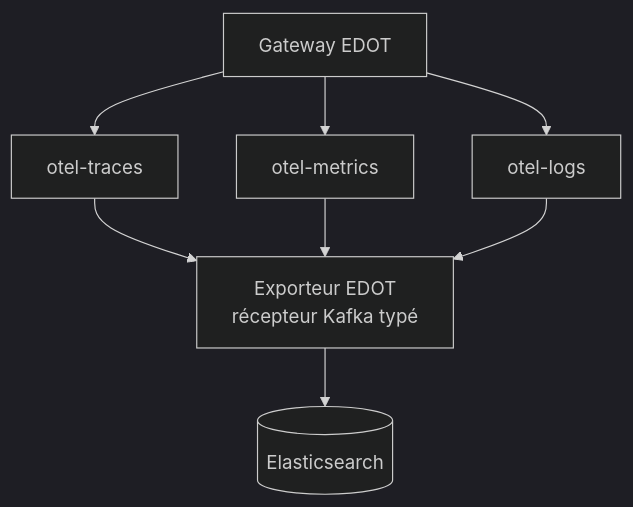
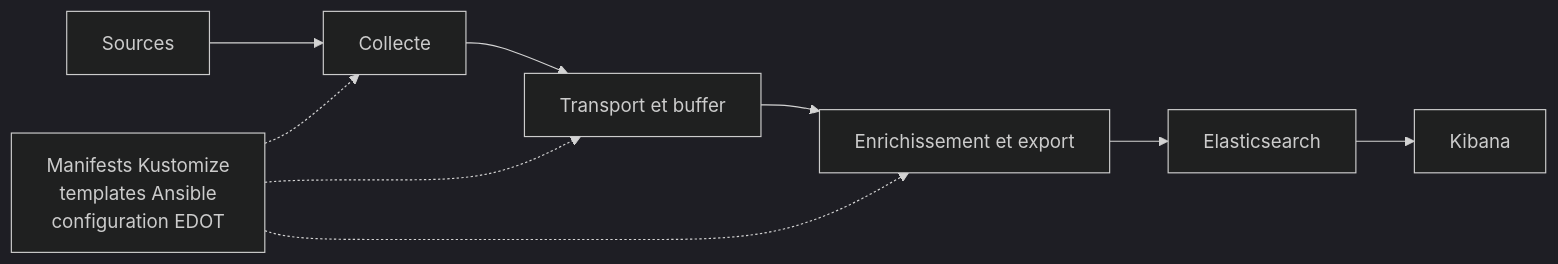
The eighth of 9 diagrams in architecture/slides/slides.md (elkouhen/systemlens-observability-lab), drawn with Mermaid (dark theme) before and after one commit. The commit also changed other lines of this file and 34 other files, not shown here.

````diff
--- a/architecture/slides/slides.md
+++ b/architecture/slides/slides.md
@@ -173,13 +414,11 @@
 ```mermaid
-flowchart TB
-  G[Gateway EDOT]
-  T[otel-traces]
-  M[otel-metrics]
-  L[otel-logs]
-  X[Exporteur EDOT\nrécepteur Kafka typé]
-  ES[(Elasticsearch)]
-  G --> T --> X
-  G --> M --> X
-  G --> L --> X
-  X --> ES
+flowchart LR
+  SRC[Sources] --> COL[Collecte]
+  COL --> TRANS[Transport et buffer]
+  TRANS --> PROC[Enrichissement et export]
+  PROC --> STORE[Elasticsearch]
+  STORE --> VIEW[Kibana]
+  CODE[Manifests Kustomize\ntemplates Ansible\nconfiguration EDOT] -.-> COL
+  CODE -.-> TRANS
+  CODE -.-> PROC
 ```
````
